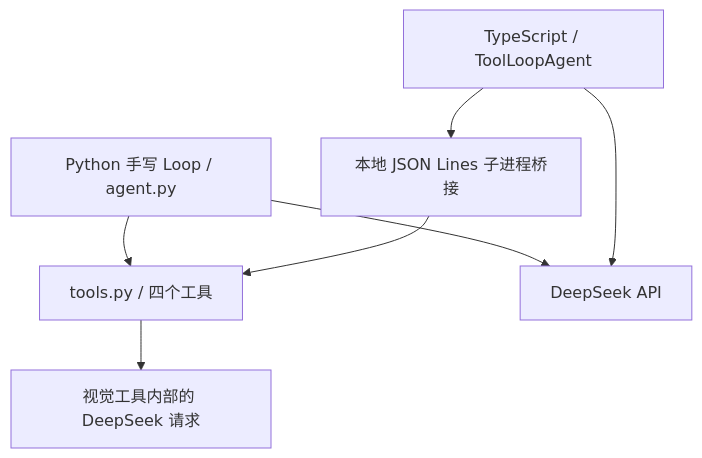
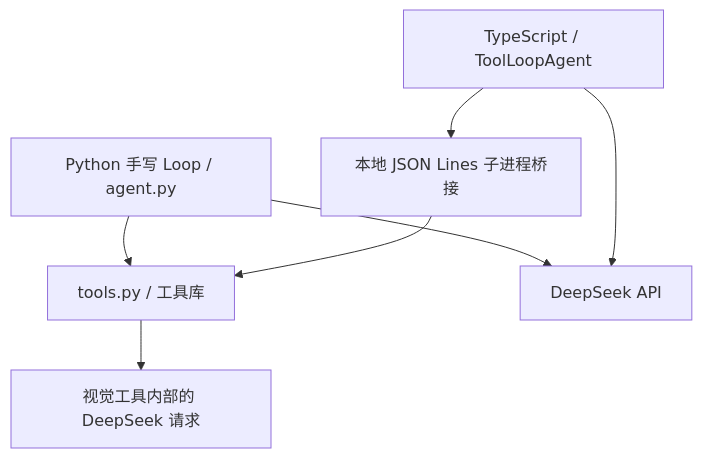
One commit to ashyh123/agent-harness changed the diagram in vercel_agent/README.md. Above: the diagram before and after it, drawn with Mermaid. The commit also changed other lines of this file and 107 other files, not shown here.

````diff
--- a/vercel_agent/README.md
+++ b/vercel_agent/README.md
@@ -30,9 +42,9 @@
 ```mermaid
 flowchart TD
-    A[Python 手写 Loop / agent.py] --> T[tools.py / 四个工具]
+    A[Python 手写 Loop / agent.py] --> T[tools.py / 工具库]
     B[TypeScript / ToolLoopAgent] --> C[本地 JSON Lines 子进程桥接]
     C --> T
     A --> M[DeepSeek API]
     B --> M
     T --> V[视觉工具内部的 DeepSeek 请求]
 ```
````
